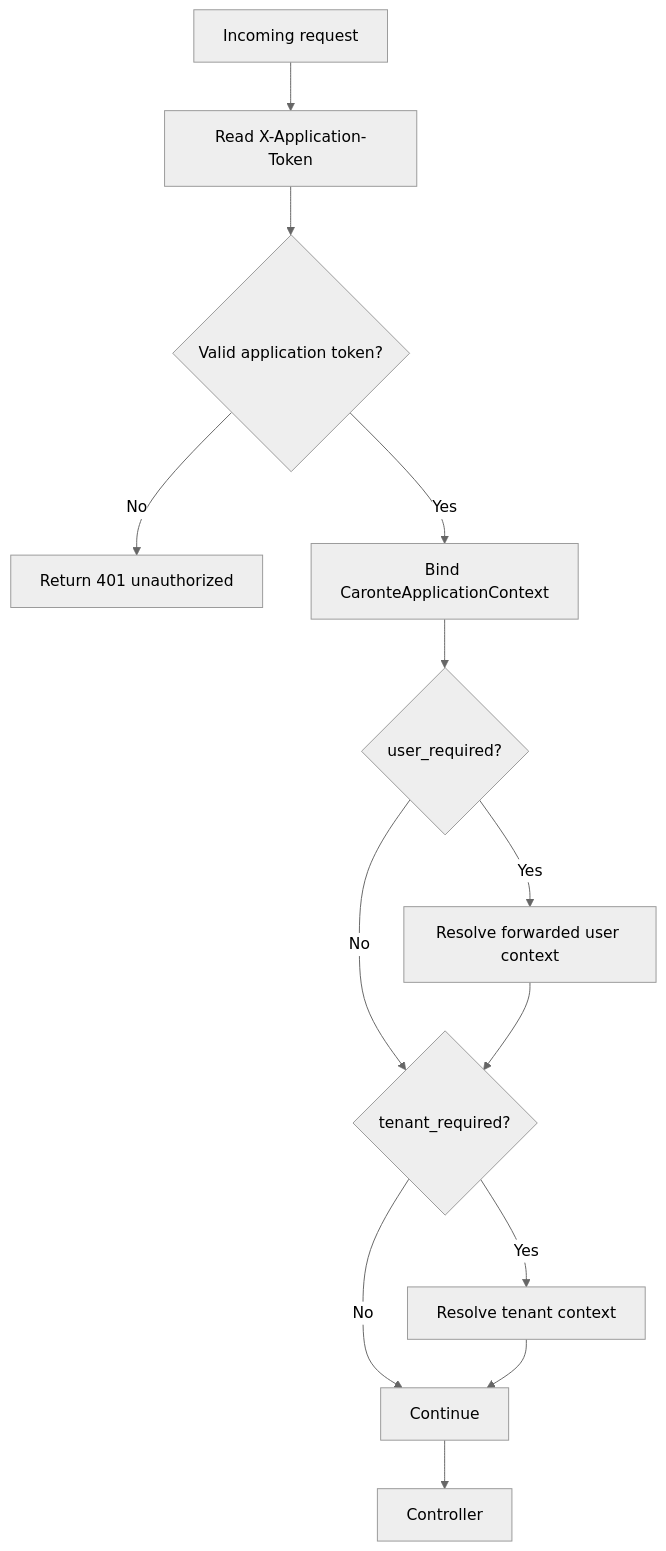
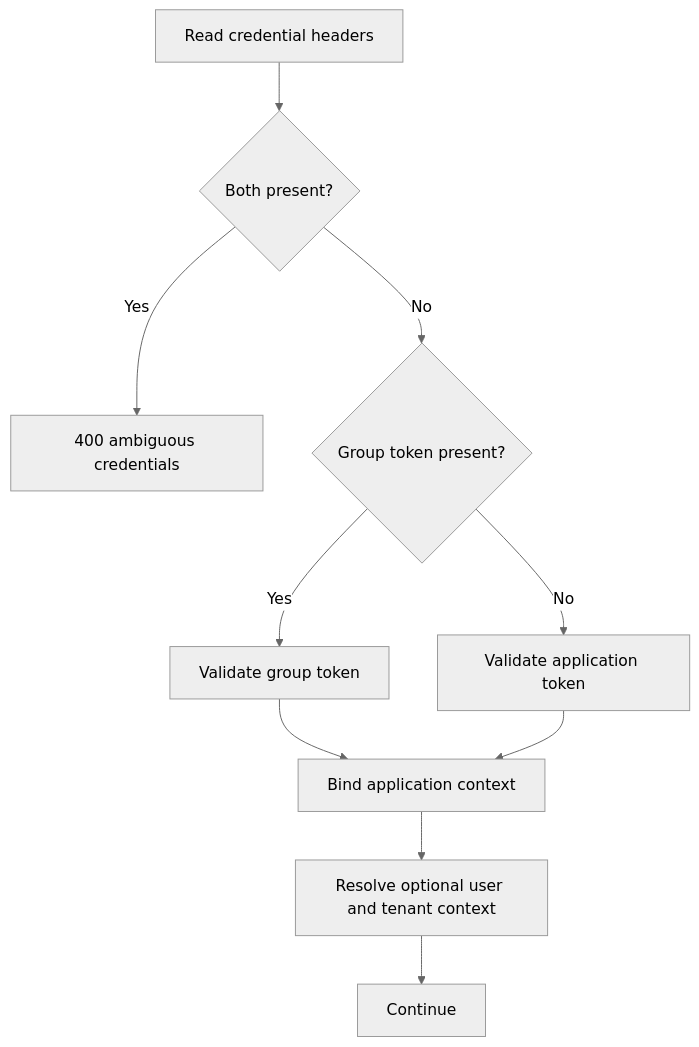
Before and after one commit to Ometra-Core/mx.ometra.caronte-sdk: the diagram in doc/middleware/caronte.application.md, drawn with Mermaid (neutral theme). The commit also changed other lines of this file and 74 other files, not shown here.

````diff
--- a/doc/middleware/caronte.application.md
+++ b/doc/middleware/caronte.application.md
@@ -35,15 +36,12 @@
 ```mermaid
 flowchart TD
-  A[Incoming request] --> B[Read X-Application-Token]
-  B --> C{Valid application token?}
-  C -->|No| D[Return 401 unauthorized]
-  C -->|Yes| E[Bind CaronteApplicationContext]
-  E --> F{user_required?}
-  F -->|Yes| G[Resolve forwarded user context]
-  F -->|No| H{tenant_required?}
-  G --> H
-  H -->|Yes| I[Resolve tenant context]
-  H -->|No| J[Continue]
-  I --> J
-  J --> K[Controller]
+  A[Read credential headers] --> B{Both present?}
+  B -->|Yes| C[400 ambiguous credentials]
+  B -->|No| D{Group token present?}
+  D -->|Yes| E[Validate group token]
+  D -->|No| F[Validate application token]
+  E --> G[Bind application context]
+  F --> G
+  G --> H[Resolve optional user and tenant context]
+  H --> I[Continue]
 ```
````
